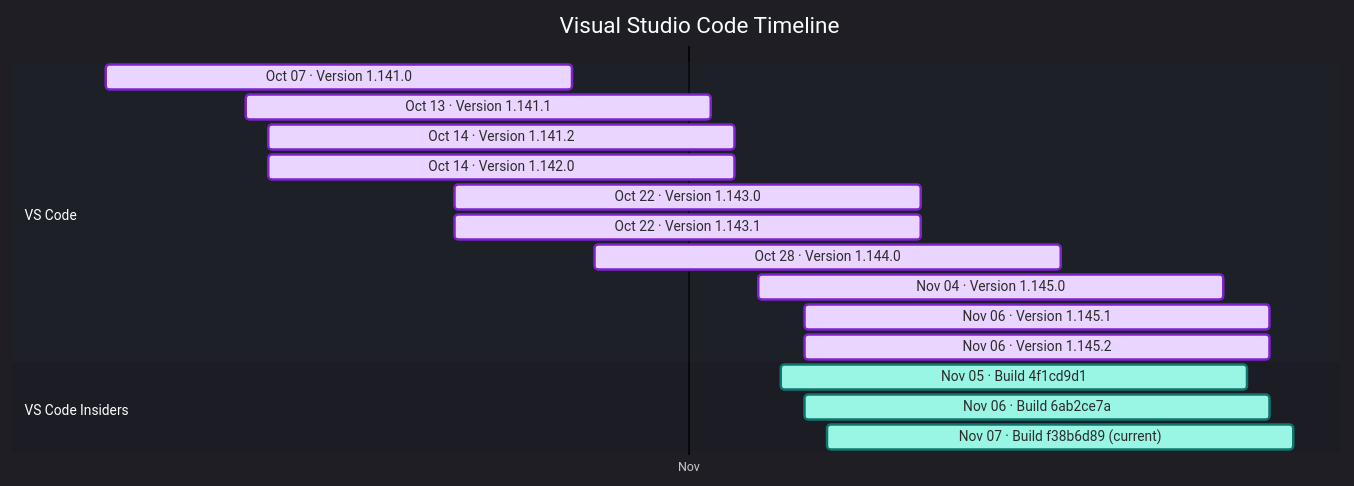
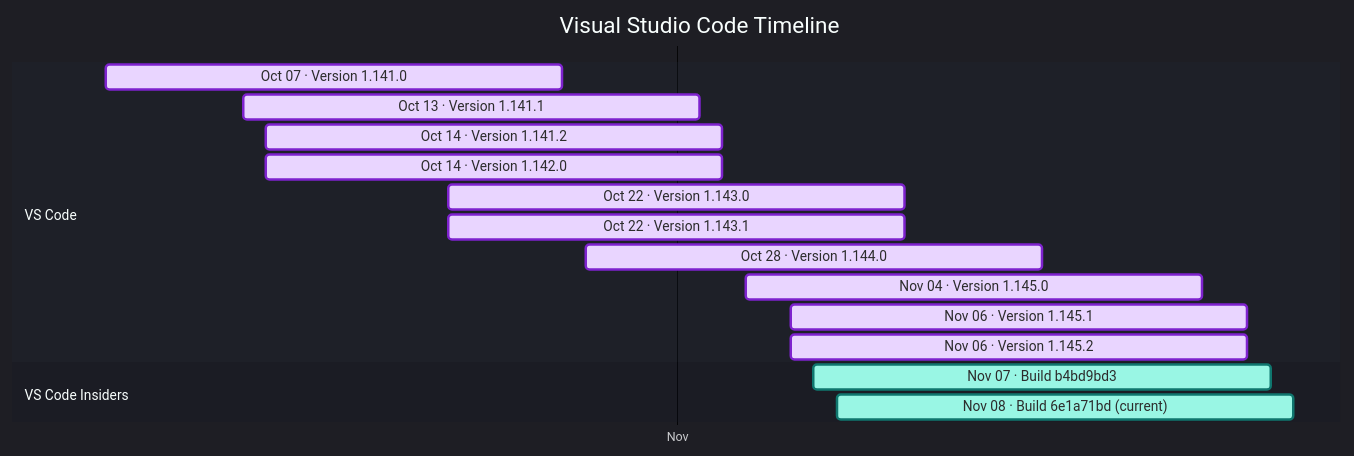
Before and after one commit to Oxelya-DevTools/VisualStudioUpdate: the diagram in docs/vscode.md, drawn with Mermaid. The commit also changed other lines of this file and 1 other file, not shown here.

````diff
--- a/docs/vscode.md
+++ b/docs/vscode.md
@@ -9,23 +9,22 @@
 ```mermaid
 %%{init: {'theme':'dark','themeVariables': { 'fontFamily': 'Segoe UI', 'fontSize': '24px', 'textColor': '#F3F4F6', 'titleTextColor': '#FFFFFF', 'taskTextColor': '#111827', 'taskTextLightColor': '#111827', 'taskTextOutsideColor': '#F3F4F6', 'taskBkgColor': '#BAE6FD', 'taskBorderColor': '#0369A1', 'doneTaskBkgColor': '#E9D5FF', 'doneTaskBorderColor': '#7E22CE', 'activeTaskBkgColor': '#99F6E4', 'activeTaskBorderColor': '#0F766E', 'critTaskBkgColor': '#FED7AA', 'critTaskBorderColor': '#C2410C', 'sectionBkgColor': '#1F2937', 'altSectionBkgColor': '#111827', 'gridColor': '#4B5563', 'todayLineColor': '#F87171' }}}%%
 gantt
     title Visual Studio Code Timeline
     dateFormat  YYYY-MM-DD
     axisFormat  %b
     tickInterval 1month
     section VS Code
     Oct 07 · Version 1.141.0 : done, vscode202610070, 2026-10-07, 20d
     Oct 13 · Version 1.141.1 : done, vscode202610131, 2026-10-13, 20d
     Oct 14 · Version 1.141.2 : done, vscode202610142, 2026-10-14, 20d
     Oct 14 · Version 1.142.0 : done, vscode202610143, 2026-10-14, 20d
     Oct 22 · Version 1.143.0 : done, vscode202610224, 2026-10-22, 20d
     Oct 22 · Version 1.143.1 : done, vscode202610225, 2026-10-22, 20d
     Oct 28 · Version 1.144.0 : done, vscode202610286, 2026-10-28, 20d
     Nov 04 · Version 1.145.0 : done, vscode202611047, 2026-11-04, 20d
     Nov 06 · Version 1.145.1 : done, vscode202611068, 2026-11-06, 20d
     Nov 06 · Version 1.145.2 : done, vscode202611069, 2026-11-06, 20d
     section VS Code Insiders
-    Nov 05 · Build 4f1cd9d1 : active, vscodeinsiders202611050, 2026-11-05, 20d
-    Nov 06 · Build 6ab2ce7a : active, vscodeinsiders202611061, 2026-11-06, 20d
-    Nov 07 · Build f38b6d89 (current) : active, vscodeinsiders202611072, 2026-11-07, 20d
+    Nov 07 · Build b4bd9bd3 : active, vscodeinsiders202611070, 2026-11-07, 20d
+    Nov 08 · Build 6e1a71bd (current) : active, vscodeinsiders202611081, 2026-11-08, 20d
 ```
````
